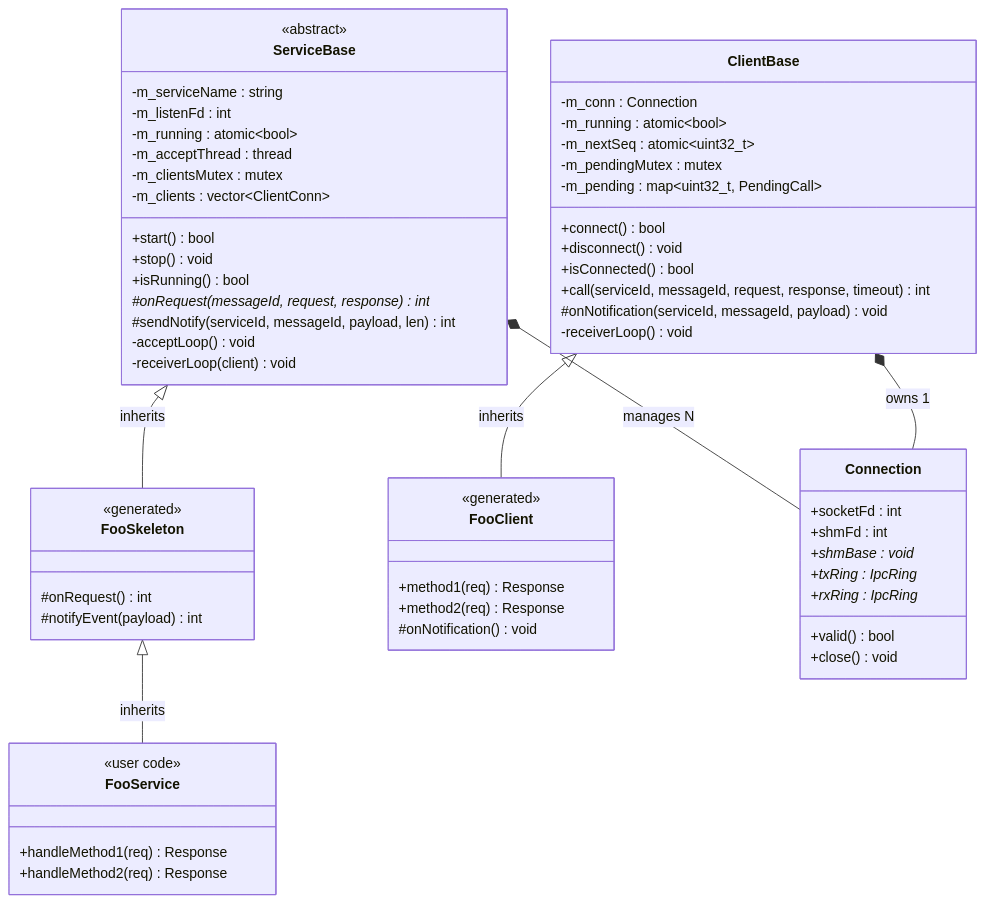
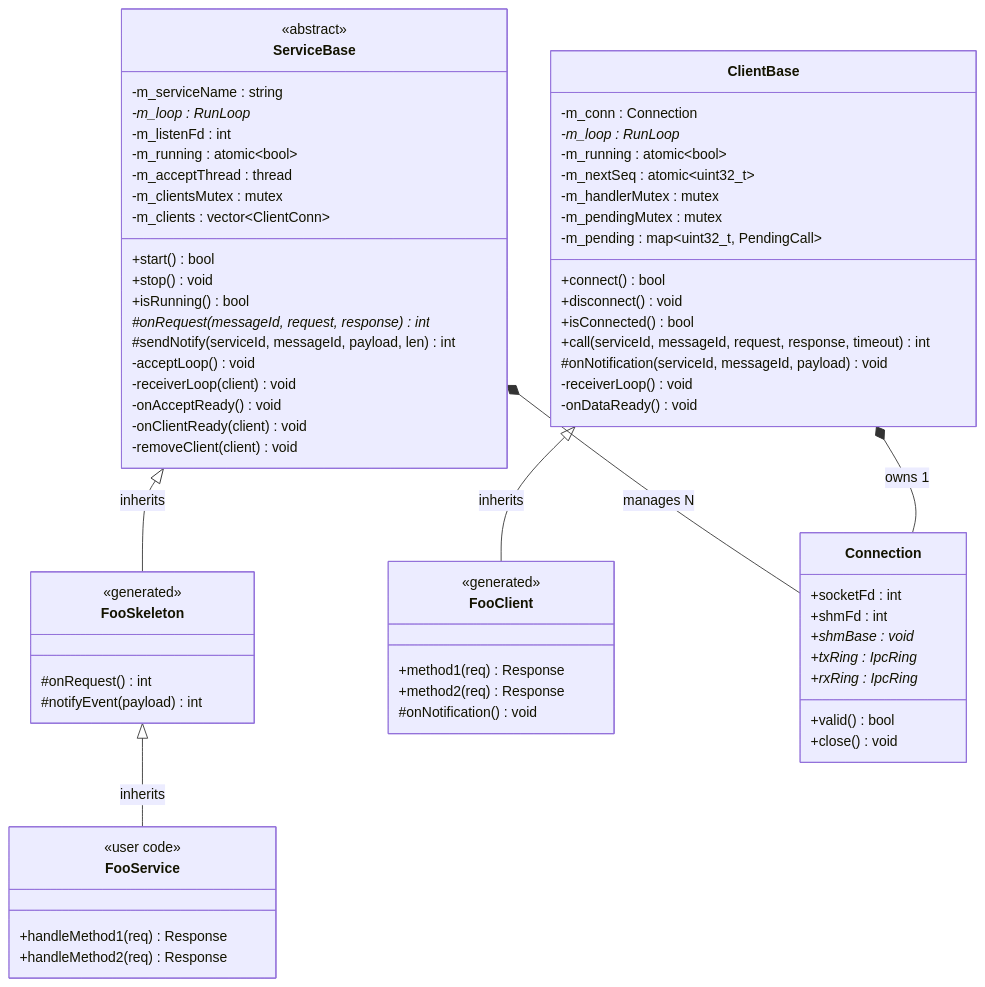
One commit to Mrunmoy/aether changed diagram 11 of 17 in doc/architecture.md. Above: the diagram before and after it, drawn with Mermaid. The commit also changed other lines of this file and 12 other files, not shown here.

````diff
--- a/doc/architecture.md
+++ b/doc/architecture.md
@@ -235,70 +259,77 @@
 ```mermaid
 classDiagram
     class ServiceBase {
         <<abstract>>
         +start() bool
         +stop() void
         +isRunning() bool
         #onRequest(messageId, request, response)* int
         #sendNotify(serviceId, messageId, payload, len) int
         -acceptLoop() void
         -receiverLoop(client) void
+        -onAcceptReady() void
+        -onClientReady(client) void
+        -removeClient(client) void
         -m_serviceName : string
+        -m_loop : RunLoop*
         -m_listenFd : int
         -m_running : atomic~bool~
         -m_acceptThread : thread
         -m_clientsMutex : mutex
         -m_clients : vector~ClientConn~
     }
 
     class FooSkeleton {
         <<generated>>
         #onRequest() int
         #notifyEvent(payload) int
     }
 
     class FooService {
         <<user code>>
         +handleMethod1(req) Response
         +handleMethod2(req) Response
     }
 
     ServiceBase <|-- FooSkeleton : inherits
     FooSkeleton <|-- FooService : inherits
 
     class ClientBase {
         +connect() bool
         +disconnect() void
         +isConnected() bool
         +call(serviceId, messageId, request, response, timeout) int
         #onNotification(serviceId, messageId, payload) void
         -receiverLoop() void
+        -onDataReady() void
         -m_conn : Connection
+        -m_loop : RunLoop*
         -m_running : atomic~bool~
         -m_nextSeq : atomic~uint32_t~
+        -m_handlerMutex : mutex
         -m_pendingMutex : mutex
         -m_pending : map~uint32_t, PendingCall~
     }
 
     class FooClient {
         <<generated>>
         +method1(req) Response
         +method2(req) Response
         #onNotification() void
     }
 
     ClientBase <|-- FooClient : inherits
 
     class Connection {
         +socketFd : int
         +shmFd : int
         +shmBase : void*
         +txRing : IpcRing*
         +rxRing : IpcRing*
         +valid() bool
         +close() void
     }
 
     ServiceBase *-- Connection : manages N
     ClientBase *-- Connection : owns 1
 ```
````
